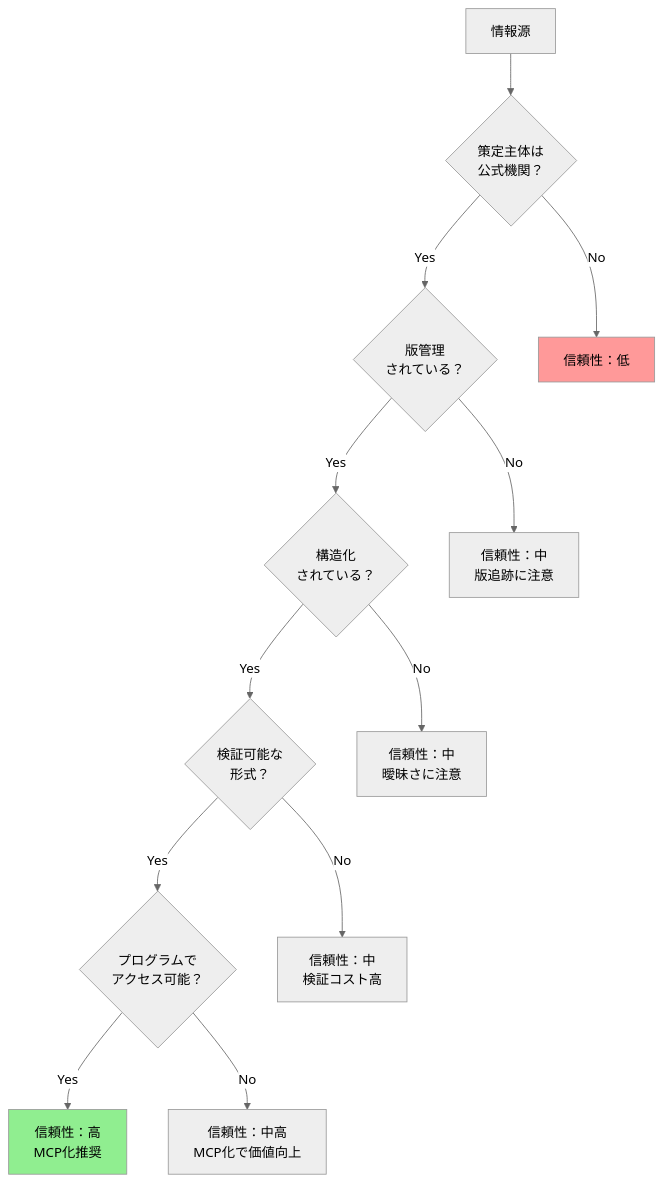
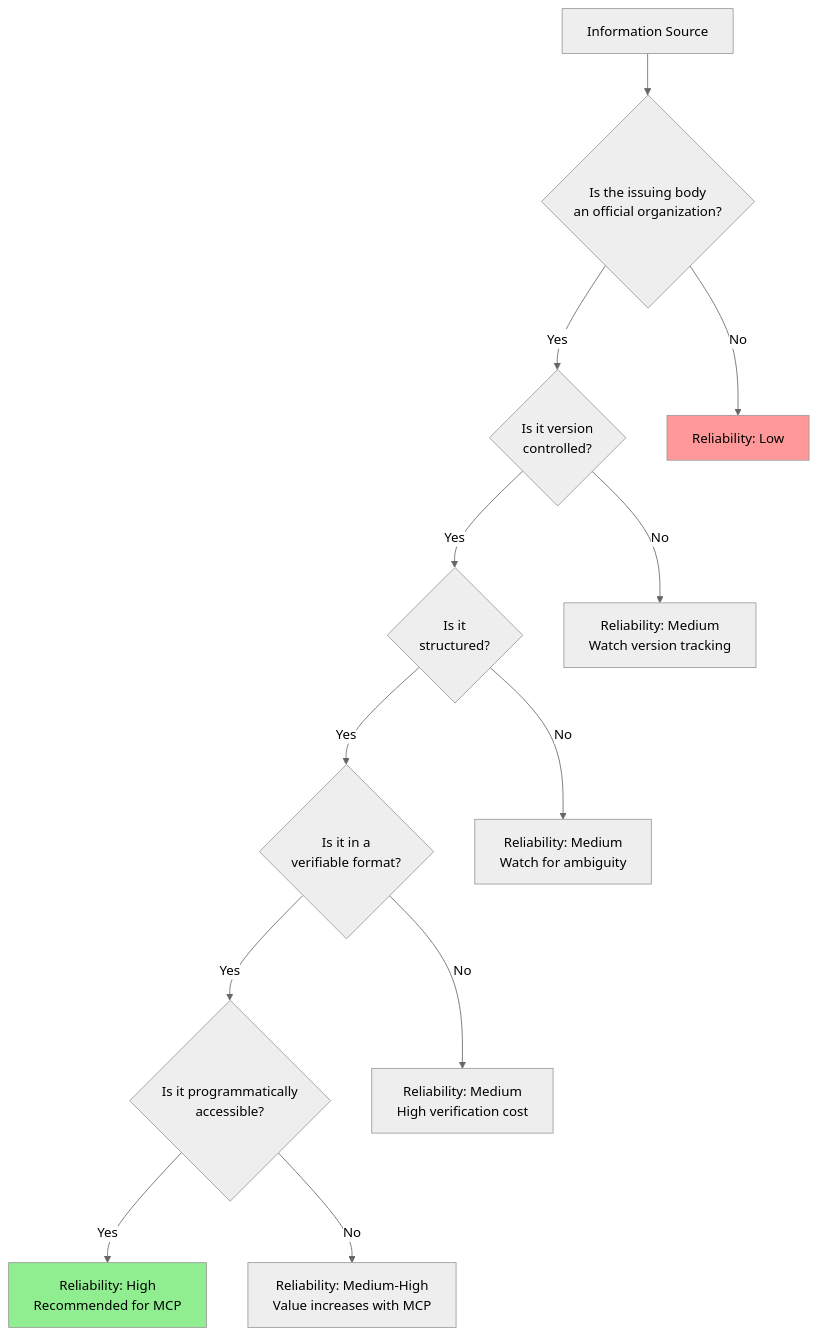
One commit to shuji-bonji/ai-agent-architecture changed the tenth of 15 diagrams in docs/concepts/02-reference-sources.md. Above: the diagram before and after it, drawn with Mermaid (neutral theme). The commit also changed other lines of this file and 42 other files, not shown here.

````diff
--- a/docs/concepts/02-reference-sources.md
+++ b/docs/concepts/02-reference-sources.md
@@ -332,21 +334,21 @@
 ```mermaid
 flowchart TB
-    START[情報源] --> Q1{策定主体は<br/>公式機関？}
-    Q1 -->|Yes| Q2{版管理<br/>されている？}
-    Q1 -->|No| LOW[信頼性：低]
+    START[Information Source] --> Q1{Is the issuing body<br/>an official organization?}
+    Q1 -->|Yes| Q2{Is it version<br/>controlled?}
+    Q1 -->|No| LOW[Reliability: Low]
 
-    Q2 -->|Yes| Q3{構造化<br/>されている？}
-    Q2 -->|No| MED1[信頼性：中<br/>版追跡に注意]
+    Q2 -->|Yes| Q3{Is it<br/>structured?}
+    Q2 -->|No| MED1[Reliability: Medium<br/>Watch version tracking]
 
-    Q3 -->|Yes| Q4{検証可能な<br/>形式？}
-    Q3 -->|No| MED2[信頼性：中<br/>曖昧さに注意]
+    Q3 -->|Yes| Q4{Is it in a<br/>verifiable format?}
+    Q3 -->|No| MED2[Reliability: Medium<br/>Watch for ambiguity]
 
-    Q4 -->|Yes| Q5{プログラムで<br/>アクセス可能？}
-    Q4 -->|No| MED3[信頼性：中<br/>検証コスト高]
+    Q4 -->|Yes| Q5{Is it programmatically<br/>accessible?}
+    Q4 -->|No| MED3[Reliability: Medium<br/>High verification cost]
 
-    Q5 -->|Yes| HIGH[信頼性：高<br/>MCP化推奨]
-    Q5 -->|No| MED4[信頼性：中高<br/>MCP化で価値向上]
+    Q5 -->|Yes| HIGH[Reliability: High<br/>Recommended for MCP]
+    Q5 -->|No| MED4[Reliability: Medium-High<br/>Value increases with MCP]
 
     style HIGH fill:#90EE90
     style LOW fill:#ff9999
 ```
````
